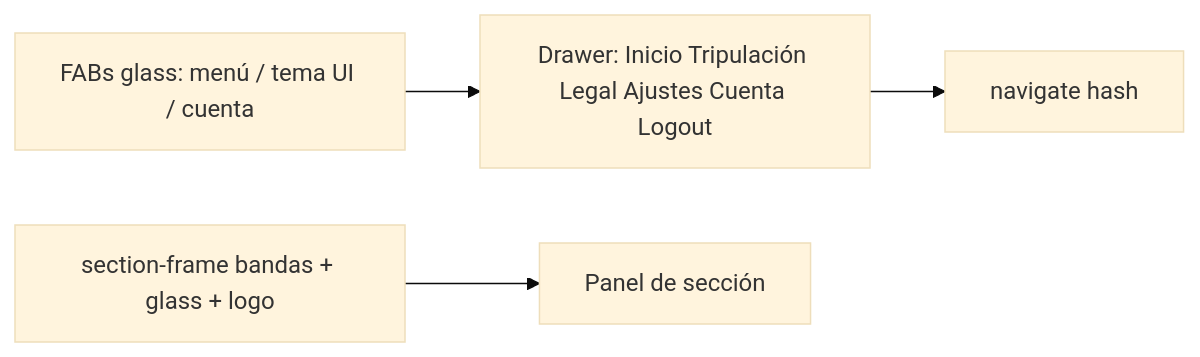
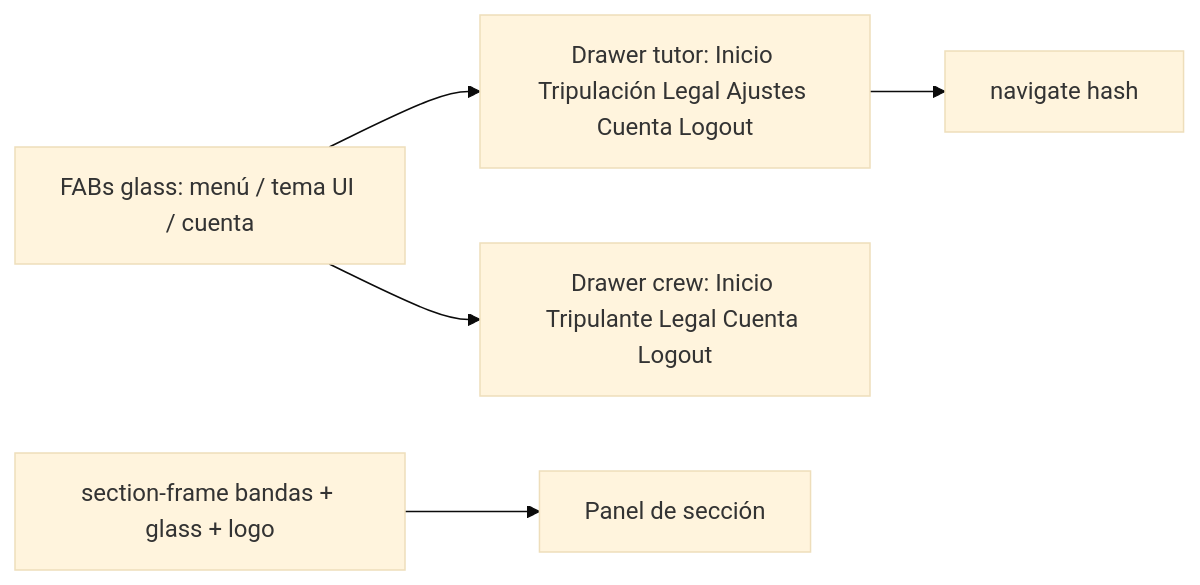
One commit to KuiperBelt-PRO/kidepik changed the second of 2 diagrams in .cursor/diagrams/07-routing-navigation.md. Above: the diagram before and after it, drawn with Mermaid (base theme). The commit also changed other lines of this file and 85 other files, not shown here.

````diff
--- a/.cursor/diagrams/07-routing-navigation.md
+++ b/.cursor/diagrams/07-routing-navigation.md
@@ -39,6 +43,7 @@
 ```mermaid
 flowchart LR
-  FABs[FABs glass: menú / tema UI / cuenta] --> Drawer[Drawer: Inicio Tripulación Legal Ajustes Cuenta Logout]
+  FABs[FABs glass: menú / tema UI / cuenta] --> Drawer[Drawer tutor: Inicio Tripulación Legal Ajustes Cuenta Logout]
+  FABs --> DrawerCrew[Drawer crew: Inicio Tripulante Legal Cuenta Logout]
   Drawer --> Nav[navigate hash]
   Frame[section-frame bandas + glass + logo] --> Content[Panel de sección]
 ```
````
